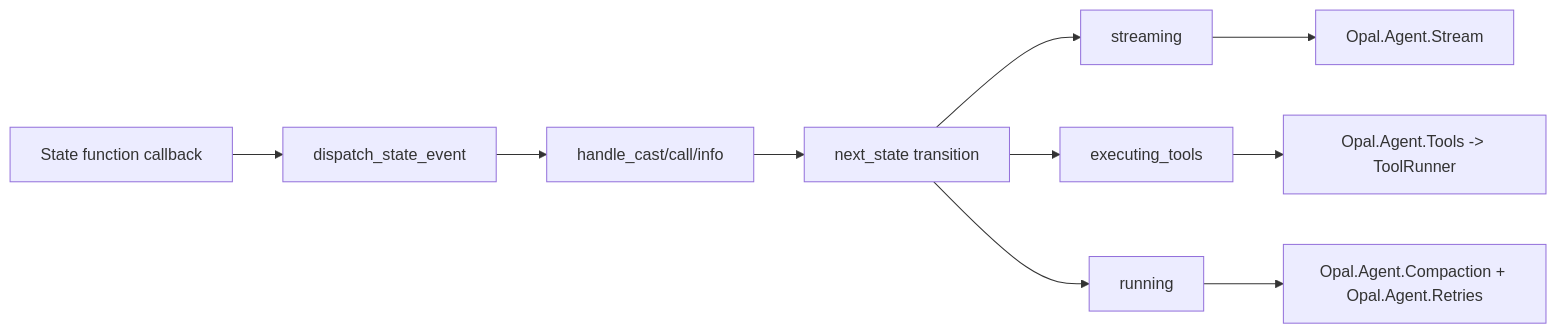
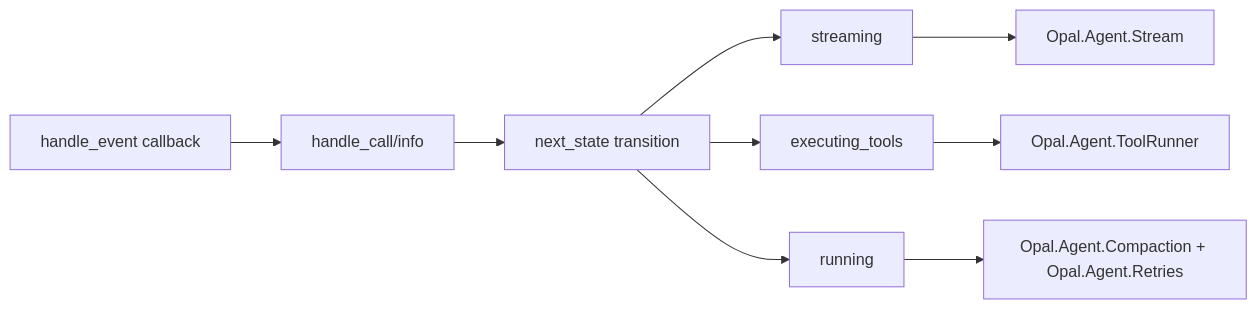
The second of 2 diagrams in docs/agent-loop.md (matteing/opal), drawn with Mermaid before and after one commit. The commit also changed other lines of this file and 61 other files, not shown here.

````diff
--- a/docs/agent-loop.md
+++ b/docs/agent-loop.md
@@ -95,13 +91,12 @@
 ```mermaid
 flowchart LR
-    A[State function callback] --> B[dispatch_state_event]
-    B --> C[handle_cast/call/info]
+    A[handle_event callback] --> C[handle_call/info]
     C --> E[next_state transition]
 
     E --> F[streaming]
     F --> G[Opal.Agent.Stream]
     E --> H[executing_tools]
-    H --> I[Opal.Agent.Tools -> ToolRunner]
+    H --> I[Opal.Agent.ToolRunner]
     E --> J[running]
     J --> K[Opal.Agent.Compaction + Opal.Agent.Retries]
 ```
````
